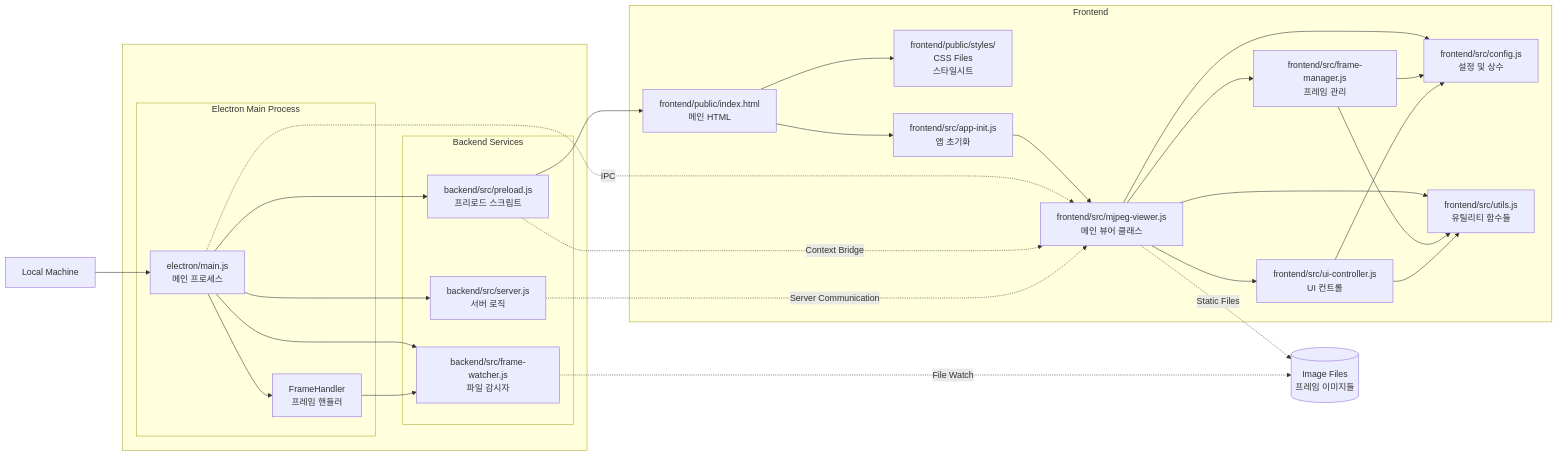
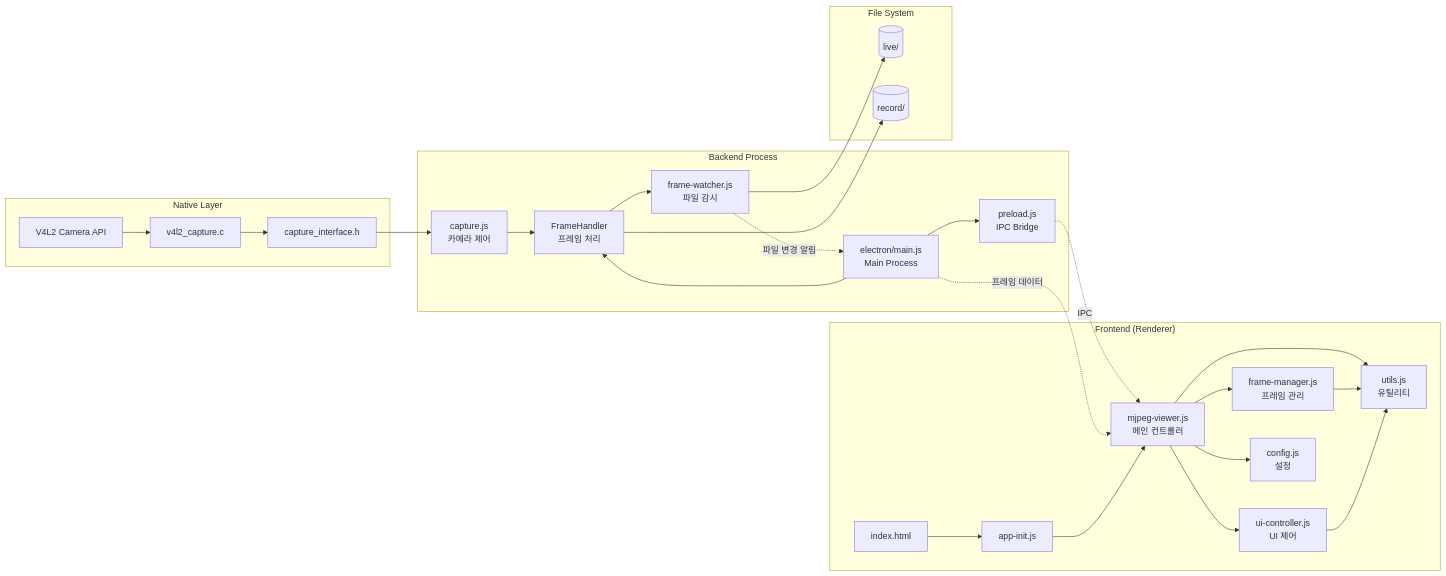
One commit to ddonyo/camera changed the first of 2 diagrams in README.md. Above: the diagram before and after it, drawn with Mermaid. The commit also changed other lines of this file, not shown here.

````diff
--- a/README.md
+++ b/README.md
@@ -75,52 +89,55 @@
 ```mermaid
 graph LR
-    AA[Local Machine]
-    subgraph " "
-        subgraph "Electron Main Process"
-            A[electron/main.js<br/>메인 프로세스]
-            D[FrameHandler<br/>프레임 핸들러]
-        end
-        subgraph "Backend Services"
-            B[backend/src/preload.js<br/>프리로드 스크립트]
-            O[backend/src/frame-watcher.js<br/>파일 감시자]
-            S[backend/src/server.js<br/>서버 로직]
-        end
-    end
-    subgraph "Frontend"
-        G[frontend/public/index.html<br/>메인 HTML]
-        H[frontend/src/mjpeg-viewer.js<br/>메인 뷰어 클래스]
-        I[frontend/src/config.js<br/>설정 및 상수]
-        J[frontend/src/frame-manager.js<br/>프레임 관리]
-        K[frontend/src/ui-controller.js<br/>UI 컨트롤]
-        L[frontend/src/utils.js<br/>유틸리티 함수들]
-        M[frontend/public/styles/<br/>CSS Files<br/>스타일시트]
-        P[frontend/src/app-init.js<br/>앱 초기화]
+    subgraph "Native Layer"
+        V4L2[V4L2 Camera API]
+        CAP[capture_interface.h]
+        VCAP[v4l2_capture.c]
     end
 
-    N[(Image Files<br/>프레임 이미지들)]
+    subgraph "Backend Process"
+        MAIN[electron/main.js<br/>Main Process]
+        FH[FrameHandler<br/>프레임 처리]
+        CAPTURE[capture.js<br/>카메라 제어]
+        FW[frame-watcher.js<br/>파일 감시]
+        PRELOAD[preload.js<br/>IPC Bridge]
+    end
 
-    AA --> A
-    A --> D
-    A --> B
-    A --> O
-    A --> S
-    D --> O
-    B --> G
-    G --> P
-    P --> H
-    H --> I
-    H --> J
-    H --> K
-    H --> L
-    J --> I
-    J --> L
-    K --> I
-    K --> L
-    G --> M
+    subgraph "Frontend (Renderer)"
+        HTML[index.html]
+        APP[app-init.js]
+        VIEWER[mjpeg-viewer.js<br/>메인 컨트롤러]
+        FM[frame-manager.js<br/>프레임 관리]
+        UI[ui-controller.js<br/>UI 제어]
+        CONFIG[config.js<br/>설정]
+        UTILS[utils.js<br/>유틸리티]
+    end
 
-    A -.->|IPC| H
-    B -.->|Context Bridge| H
-    H -.->|Static Files| N
-    O -.->|File Watch| N
-    S -.->|Server Communication| H
+    subgraph "File System"
+        LIVE[(live/)]
+        RECORD[(record/)]
+    end
+
+    V4L2 --> VCAP
+    VCAP --> CAP
+    CAP --> CAPTURE
+    CAPTURE --> FH
+    FH --> FW
+    FW --> LIVE
+    FH --> RECORD
+
+    MAIN --> FH
+    MAIN --> PRELOAD
+
+    PRELOAD -.IPC.-> VIEWER
+    FW -.파일 변경 알림.-> MAIN
+    MAIN -.프레임 데이터.-> VIEWER
+
+    HTML --> APP
+    APP --> VIEWER
+    VIEWER --> FM
+    VIEWER --> UI
+    VIEWER --> CONFIG
+    VIEWER --> UTILS
+    FM --> UTILS
+    UI --> UTILS
 ```
````
